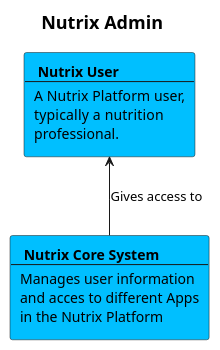
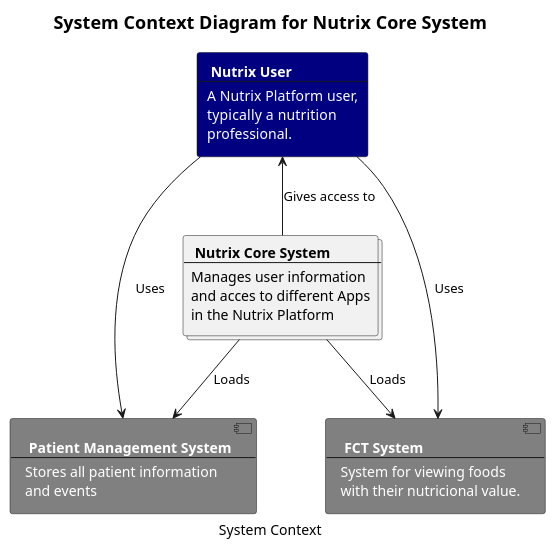
The diagram in nutrix.plantuml (josueMerino/practiceUML), drawn with PlantUML before and after one commit.

Commit message:
System Context diagram done

```diff
--- a/nutrix.plantuml
+++ b/nutrix.plantuml
@@ -1,40 +1,85 @@
 @startuml Nutrix
 
-<style>
-title {
+skinparam sequenceMessageAlign center
+title System Context Diagram for Nutrix Core System
 
-    FontSize 18
-}
-
-rectangle {
-    BackgroundColor DeepSkyBlue
-    TextAlignment center
-}
-
-</style>
-
-title Nutrix Admin
+caption System Context
 
 
-rectangle nutrixUser[
+
+agent nutrixUser[
     <b> Nutrix User 
     ----
     A Nutrix Platform user,
     typically  a nutrition
     professional.
 ]
 
-rectangle nutrixCore [
+component patientManagementSystem [
+    <b> Patient Management System
+    ----
+    Stores all patient information
+    and events
+]
+
+collections nutrixCore [
     <b> Nutrix Core System 
     ----
     Manages user information
     and acces to different Apps
     in the Nutrix Platform
 ]
 
+component fctSystem [
+    <b> FCT System
+    ----
+    System for viewing foods 
+    with their nutricional value.
+]
+
+
+[nutrixUser] --> [patientManagementSystem]: Uses
+
 [nutrixUser] <-- [nutrixCore]: Gives access to
+
+[nutrixUser] --> [fctSystem]: Uses
+
+
+[nutrixCore] --> [fctSystem]: Loads
+
+[nutrixCore] --> [patientManagementSystem]: Loads
+
+
+<style>
 
 
 
+title {
+    FontSize 18
+    
+}
+
+caption{
+    HorizontalAlignment center
+}
+
+rectangle {
+    BackgroundColor DeepSkyBlue
+    FontColor White
+    TextAlignment center
+}
+
+agent {
+    BackgroundColor Navy
+    FontColor White
+}
+
+component{
+    BackgroundColor Grey
+    FontColor White
+}
+
+</style>
+
 
 @enduml
```
